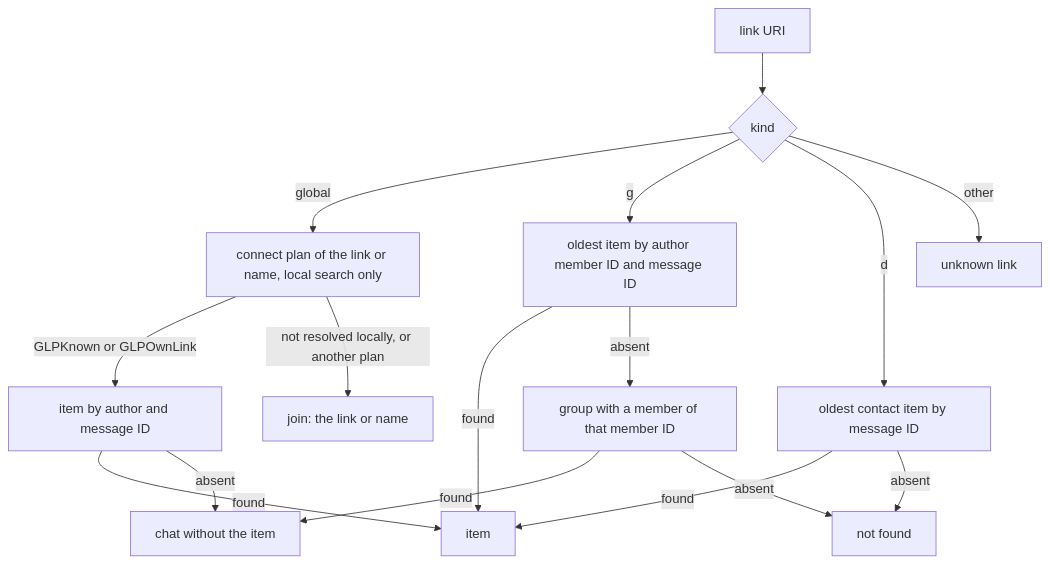
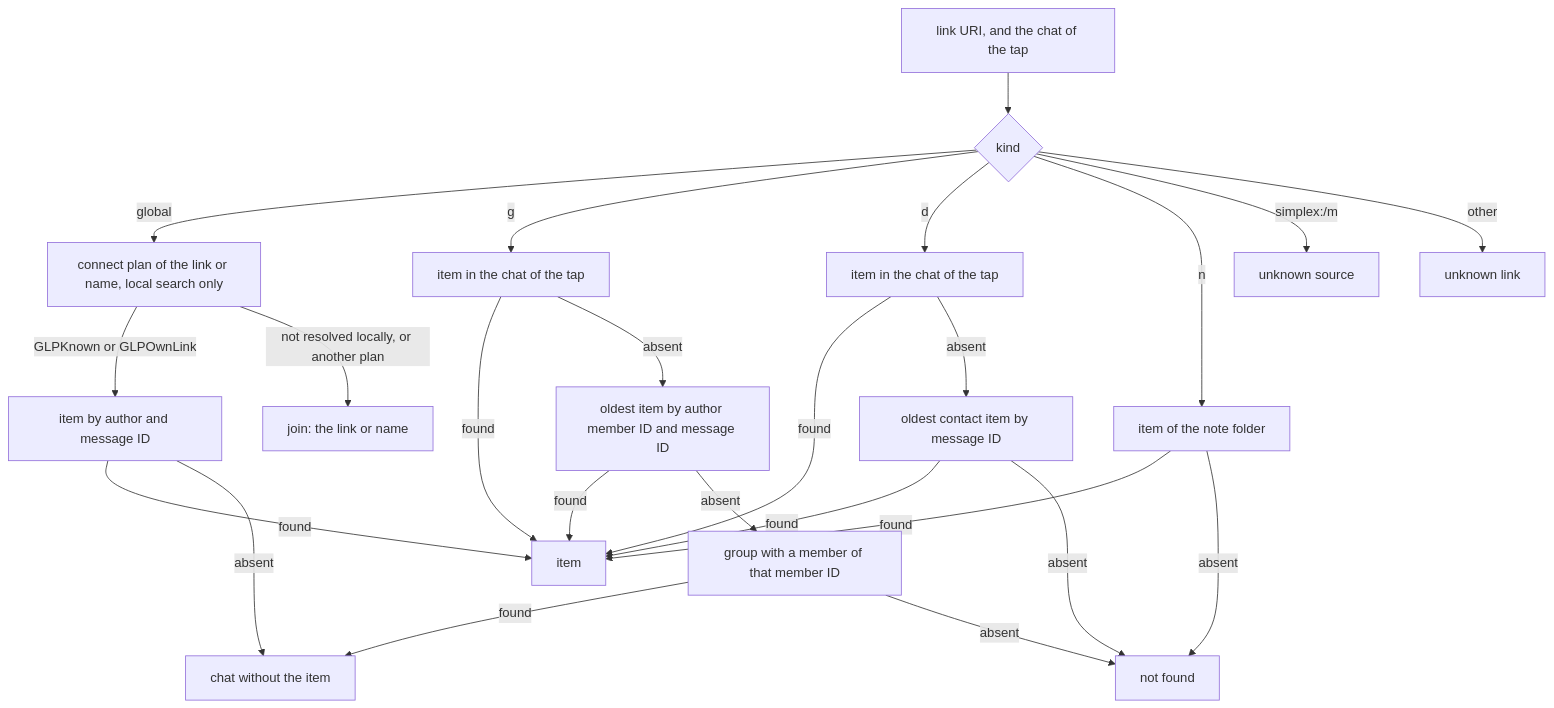
One commit to evgeny-simplex/simplex-chat changed the third of 7 diagrams in plans/2026-11-22-message-references.md. Above: the diagram before and after it, drawn with Mermaid. The commit also changed other lines of this file, not shown here.

Commit message:
core: plan message links as hyperlinks with references

````diff
--- a/plans/2026-11-22-message-references.md
+++ b/plans/2026-11-22-message-references.md
@@ -288,18 +343,26 @@
 ```mermaid
 flowchart TD
-  L[link URI] --> K{kind}
+  L[link URI, and the chat of the tap] --> K{kind}
   K -->|global| C1[connect plan of the link or name, local search only]
   C1 -->|GLPKnown or GLPOwnLink| C2[item by author and message ID]
   C1 -->|not resolved locally, or another plan| J[join: the link or name]
   C2 -->|found| I[item]
   C2 -->|absent| CH[chat without the item]
-  K -->|g| G1[oldest item by author member ID and message ID]
+  K -->|g| G0[item in the chat of the tap]
+  G0 -->|found| I
+  G0 -->|absent| G1[oldest item by author member ID and message ID]
   G1 -->|found| I
   G1 -->|absent| G2[group with a member of that member ID]
   G2 -->|found| CH
   G2 -->|absent| N[not found]
-  K -->|d| D1[oldest contact item by message ID]
+  K -->|d| D0[item in the chat of the tap]
+  D0 -->|found| I
+  D0 -->|absent| D1[oldest contact item by message ID]
   D1 -->|found| I
   D1 -->|absent| N
+  K -->|n| N1[item of the note folder]
+  N1 -->|found| I
+  N1 -->|absent| N
+  K -->|simplex:/m| US[unknown source]
   K -->|other| U[unknown link]
 ```
````
